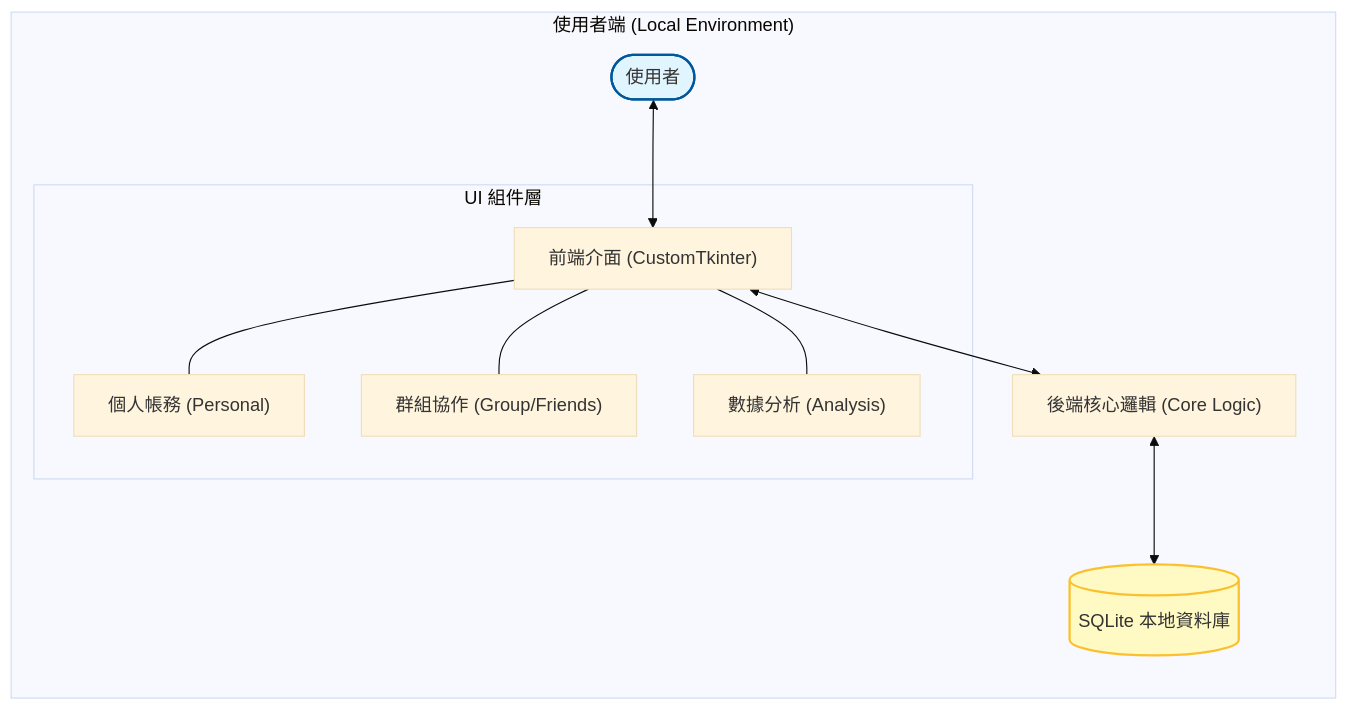
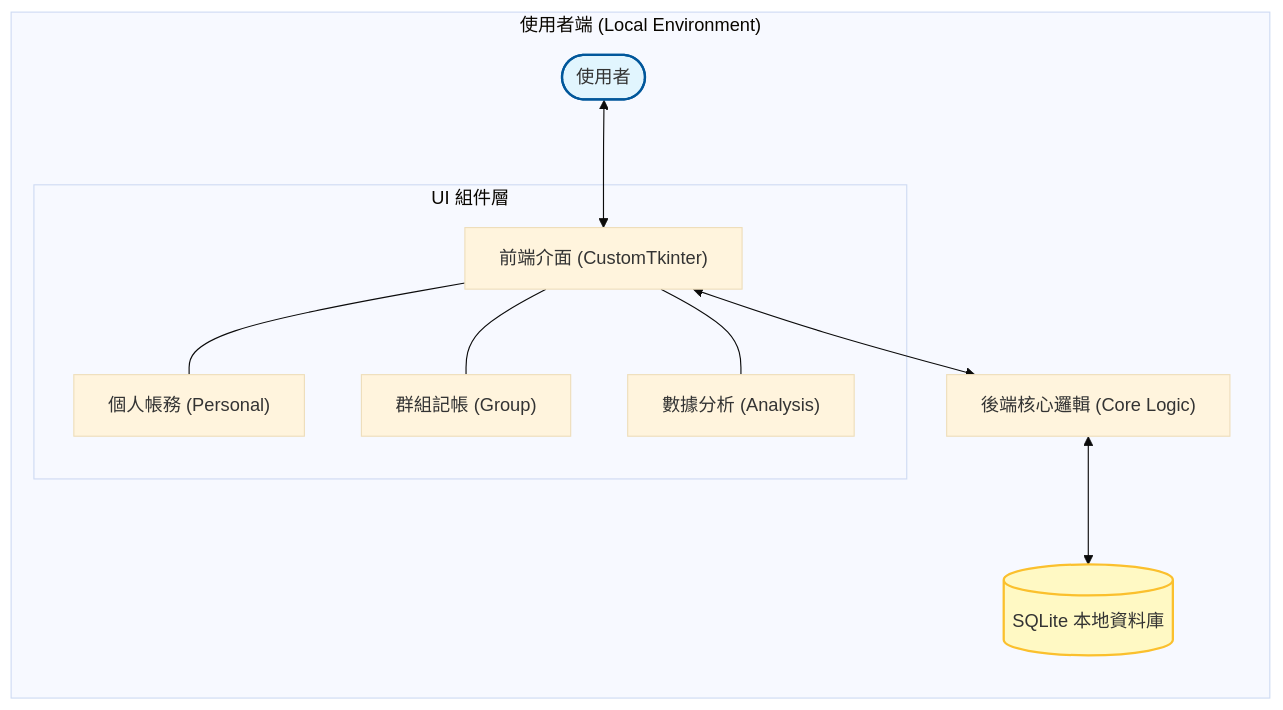
The diagram in 工具/系統介紹.md (HuangRuihong/PJ02), drawn with Mermaid (base theme) before and after one commit. The commit also changed other lines of this file, not shown here.

````diff
--- a/工具/系統介紹.md
+++ b/工具/系統介紹.md
@@ -29,22 +25,21 @@
 ```mermaid
 graph TB
     subgraph "使用者端 (Local Environment)"
         direction TB
         User([使用者]) <--> GUI["前端介面 (CustomTkinter)"]
         
         subgraph "UI 組件層"
             GUI --- PF["個人帳務 (Personal)"]
-            GUI --- GF["群組協作 (Group/Friends)"]
+            GUI --- GF["群組記帳 (Group)"]
             GUI --- AF["數據分析 (Analysis)"]
         end
         
         GUI <--> BL["後端核心邏輯 (Core Logic)"]
         DB[(SQLite 本地資料庫)]
         BL <--> DB
     end
 
-
     %% 樣式設定
     style User fill:#e1f5fe,stroke:#01579b,stroke-width:2px
     style DB fill:#fff9c4,stroke:#fbc02d,stroke-width:2px
 ```
````
